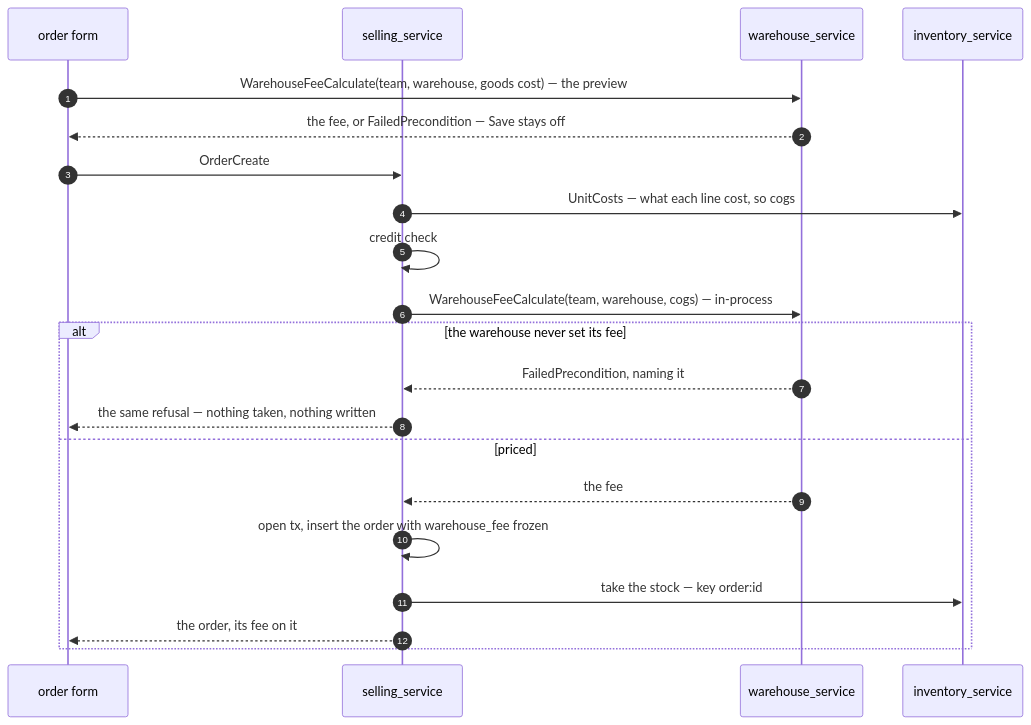
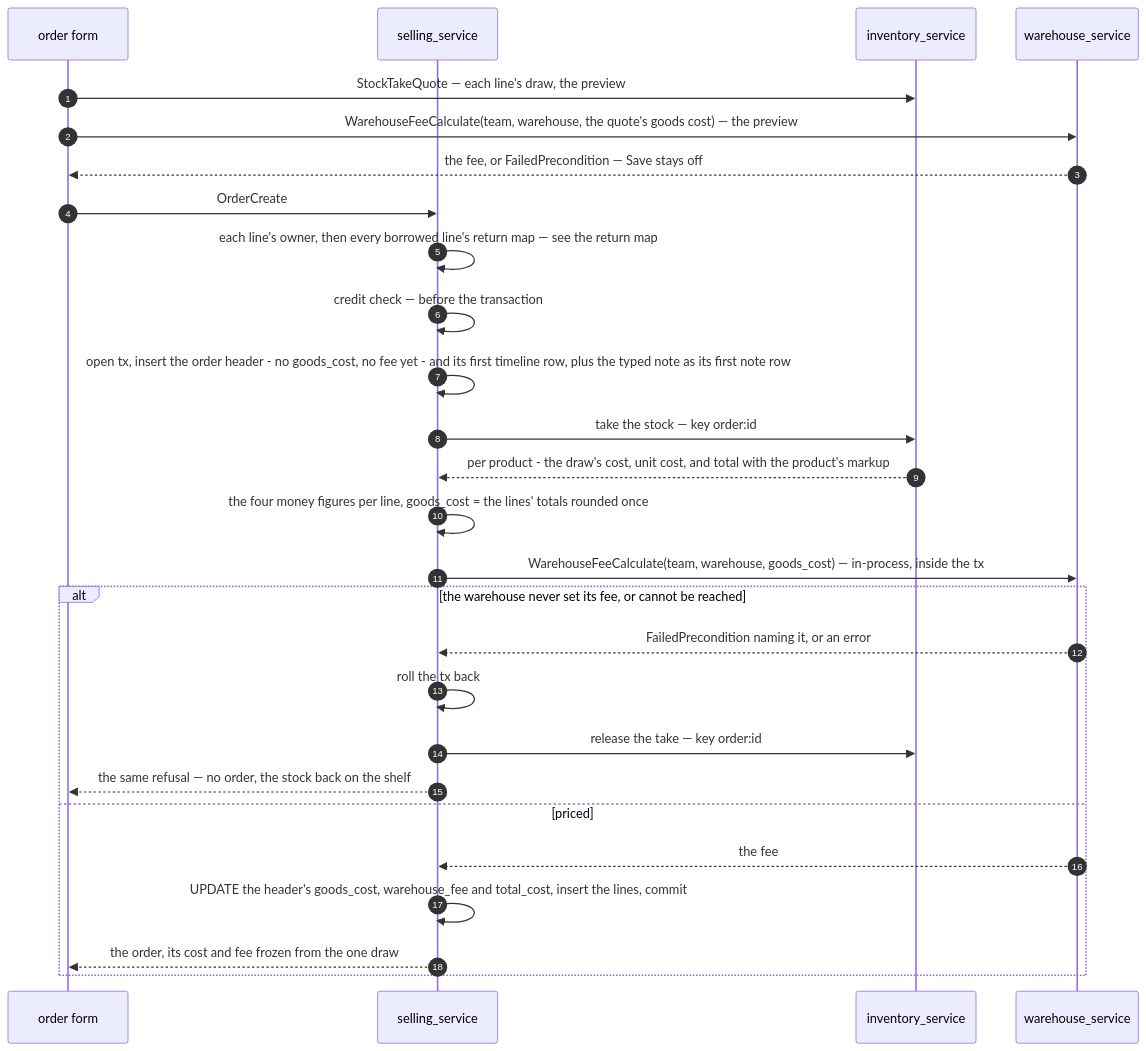
The fifth of 15 diagrams in docs/services/selling_service/rpc.md (pdcgo/warehouse_revamp), drawn with Mermaid before and after one commit. The commit also changed other lines of this file and 346 other files, not shown here.

First line of the commit message:
feat(analytic): the graph and its Table/Graph tabs, metrics/suppliers on the contract — with the order, liability and shipment work in flight

````diff
--- a/docs/services/selling_service/rpc.md
+++ b/docs/services/selling_service/rpc.md
@@ -206,24 +233,30 @@
 ```mermaid
 sequenceDiagram
     autonumber
     participant UI as order form
     participant SELL as selling_service
+    participant INV as inventory_service
     participant WH as warehouse_service
-    participant INV as inventory_service
 
-    UI->>WH: WarehouseFeeCalculate(team, warehouse, goods cost) — the preview
+    UI->>INV: StockTakeQuote — each line's draw, the preview
+    UI->>WH: WarehouseFeeCalculate(team, warehouse, the quote's goods cost) — the preview
     WH-->>UI: the fee, or FailedPrecondition — Save stays off
     UI->>SELL: OrderCreate
-    SELL->>INV: UnitCosts — what each line cost, so cogs
-    SELL->>SELL: credit check
-    SELL->>WH: WarehouseFeeCalculate(team, warehouse, cogs) — in-process
-    alt the warehouse never set its fee
-        WH-->>SELL: FailedPrecondition, naming it
-        SELL-->>UI: the same refusal — nothing taken, nothing written
+    SELL->>SELL: each line's owner, then every borrowed line's return map — see the return map
+    SELL->>SELL: credit check — before the transaction
+    SELL->>SELL: open tx, insert the order header - no goods_cost, no fee yet - and its first timeline row, plus the typed note as its first note row
+    SELL->>INV: take the stock — key order:id
+    INV-->>SELL: per product - the draw's cost, unit cost, and total with the product's markup
+    SELL->>SELL: the four money figures per line, goods_cost = the lines' totals rounded once
+    SELL->>WH: WarehouseFeeCalculate(team, warehouse, goods_cost) — in-process, inside the tx
+    alt the warehouse never set its fee, or cannot be reached
+        WH-->>SELL: FailedPrecondition naming it, or an error
+        SELL->>SELL: roll the tx back
+        SELL->>INV: release the take — key order:id
+        SELL-->>UI: the same refusal — no order, the stock back on the shelf
     else priced
         WH-->>SELL: the fee
-        SELL->>SELL: open tx, insert the order with warehouse_fee frozen
-        SELL->>INV: take the stock — key order:id
-        SELL-->>UI: the order, its fee on it
+        SELL->>SELL: UPDATE the header's goods_cost, warehouse_fee and total_cost, insert the lines, commit
+        SELL-->>UI: the order, its cost and fee frozen from the one draw
     end
 ```
````
